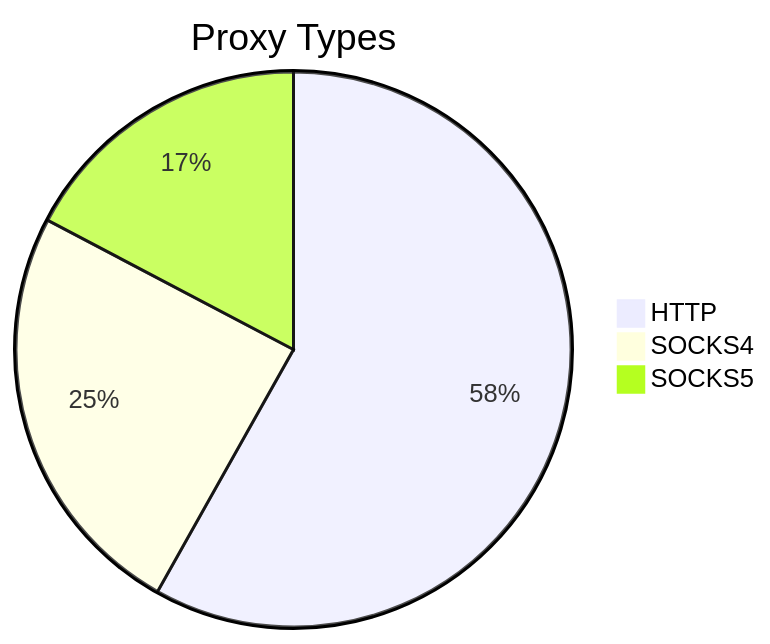
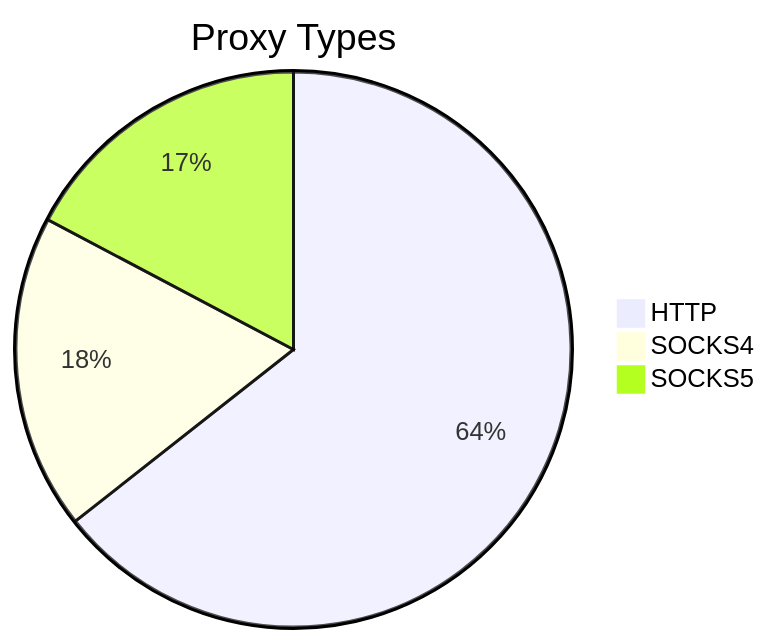
Before and after one commit to stormsia/proxy-list: the first of 2 diagrams in README.md, drawn with Mermaid. The commit also changed other lines of this file, not shown here.

````diff
--- a/README.md
+++ b/README.md
@@ -21,6 +21,6 @@
 ```mermaid
 pie title Proxy Types
-    "HTTP" : 464
-    "SOCKS4" : 196
-    "SOCKS5" : 138
+    "HTTP" : 358
+    "SOCKS4" : 102
+    "SOCKS5" : 96
 ```
````
